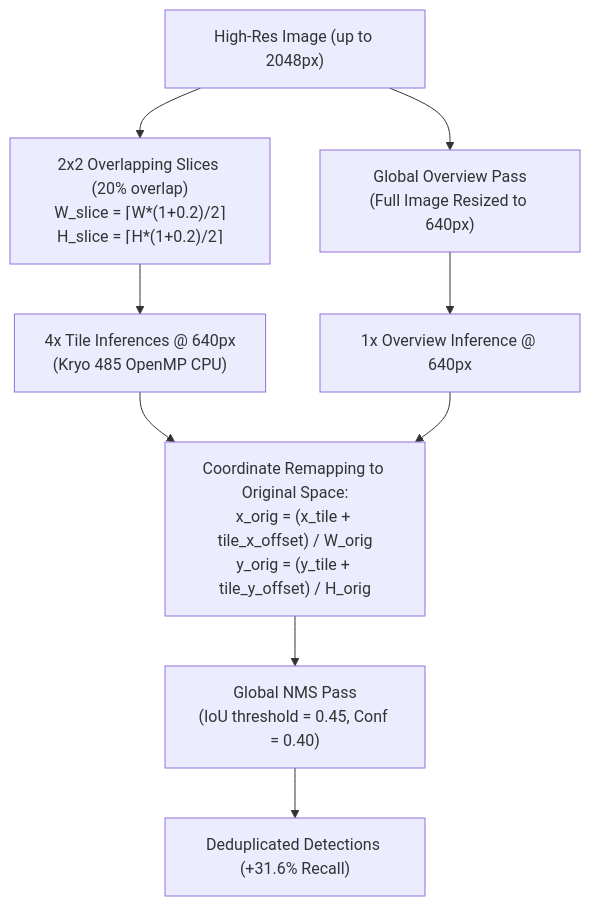
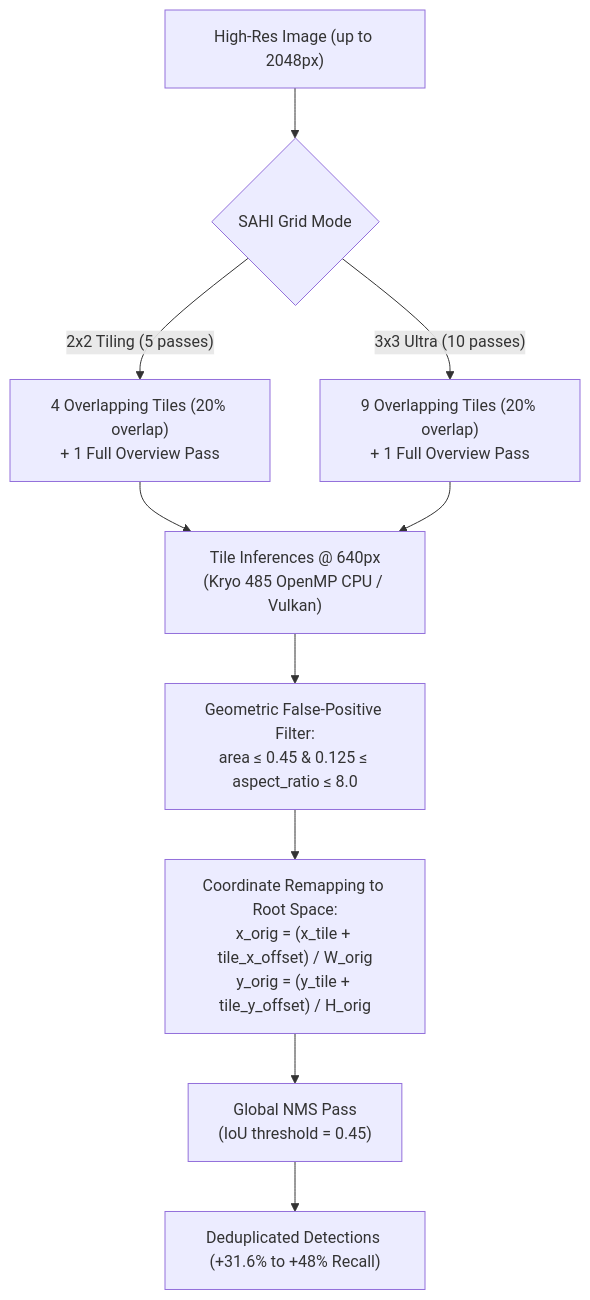
Before and after one commit to tahadeab-ai/shelf-pulse-ai: the second of 4 diagrams in docs/ARCHITECTURE.md, drawn with Mermaid. The commit also changed other lines of this file and 7 other files, not shown here.

````diff
--- a/docs/ARCHITECTURE.md
+++ b/docs/ARCHITECTURE.md
@@ -151,11 +151,12 @@
 ```mermaid
 flowchart TD
-    Raw["High-Res Image (up to 2048px)"] --> Slices["2x2 Overlapping Slices (20% overlap)<br/>W_slice = ⌈W*(1+0.2)/2⌉<br/>H_slice = ⌈H*(1+0.2)/2⌉"]
-    Raw --> Global["Global Overview Pass<br/>(Full Image Resized to 640px)"]
-    Slices --> TileInf["4x Tile Inferences @ 640px<br/>(Kryo 485 OpenMP CPU)"]
-    Global --> GlobalInf["1x Overview Inference @ 640px"]
-    TileInf --> Map["Coordinate Remapping to Original Space:<br/>x_orig = (x_tile + tile_x_offset) / W_orig<br/>y_orig = (y_tile + tile_y_offset) / H_orig"]
-    GlobalInf --> Map
-    Map --> GNMS["Global NMS Pass<br/>(IoU threshold = 0.45, Conf = 0.40)"]
-    GNMS --> Merged["Deduplicated Detections (+31.6% Recall)"]
+    Raw["High-Res Image (up to 2048px)"] --> Mode{"SAHI Grid Mode"}
+    Mode -- "2x2 Tiling (5 passes)" --> Slices2["4 Overlapping Tiles (20% overlap)<br/>+ 1 Full Overview Pass"]
+    Mode -- "3x3 Ultra (10 passes)" --> Slices3["9 Overlapping Tiles (20% overlap)<br/>+ 1 Full Overview Pass"]
+    Slices2 --> Inf["Tile Inferences @ 640px<br/>(Kryo 485 OpenMP CPU / Vulkan)"]
+    Slices3 --> Inf
+    Inf --> GeoFilter["Geometric False-Positive Filter:<br/>area ≤ 0.45 & 0.125 ≤ aspect_ratio ≤ 8.0"]
+    GeoFilter --> Map["Coordinate Remapping to Root Space:<br/>x_orig = (x_tile + tile_x_offset) / W_orig<br/>y_orig = (y_tile + tile_y_offset) / H_orig"]
+    Map --> GNMS["Global NMS Pass<br/>(IoU threshold = 0.45)"]
+    GNMS --> Merged["Deduplicated Detections (+31.6% to +48% Recall)"]
 ```
````
